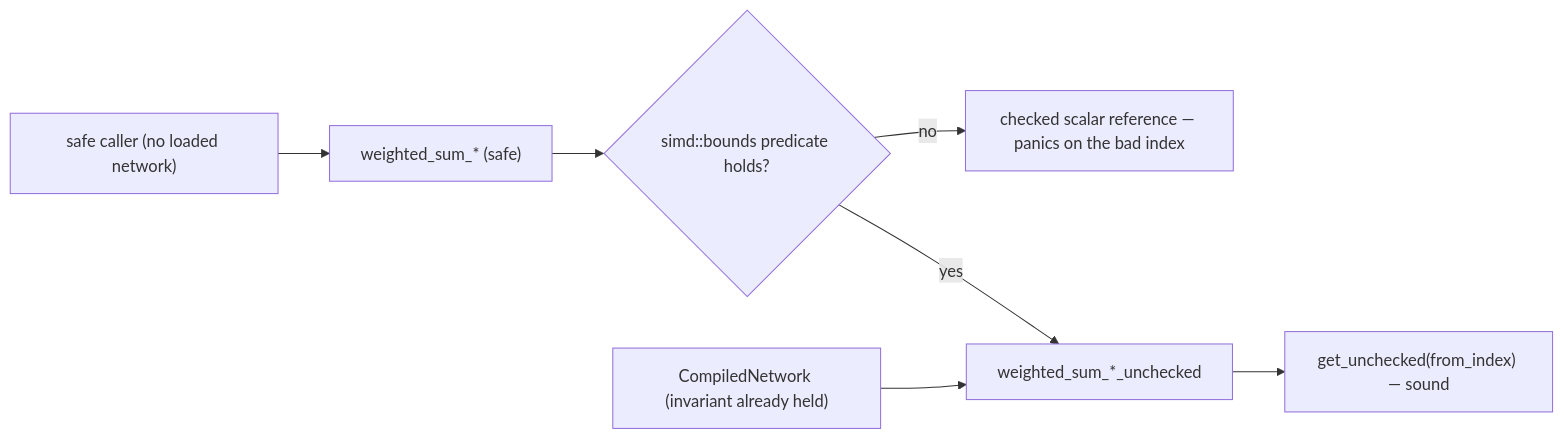
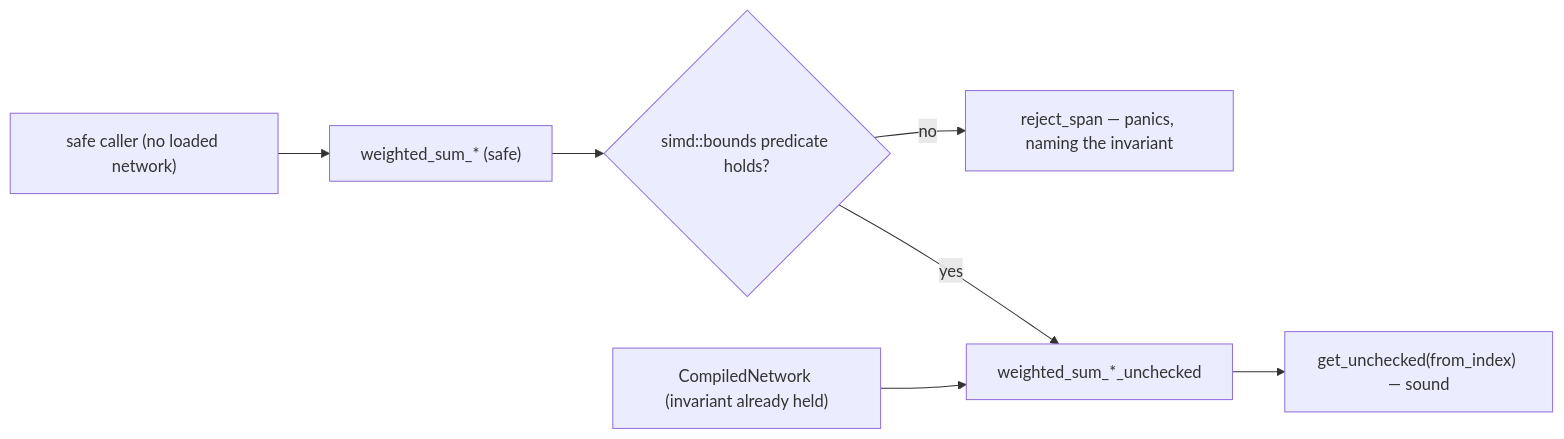
The fourth of 8 diagrams in AGENTS.md (stSoftwareAU/NEAT-AI-core), drawn with Mermaid before and after one commit. The commit also changed other lines of this file and 9 other files, not shown here.

````diff
--- a/AGENTS.md
+++ b/AGENTS.md
@@ -309,9 +316,9 @@
 ```mermaid
 flowchart LR
     S["safe caller (no loaded network)"] --> W["weighted_sum_* (safe)"]
     W --> P{"simd::bounds predicate holds?"}
-    P -- no --> R["checked scalar reference — panics on the bad index"]
+    P -- no --> R["reject_span — panics, naming the invariant"]
     P -- yes --> U["weighted_sum_*_unchecked"]
     N["CompiledNetwork (invariant already held)"] --> U
     U --> G2["get_unchecked(from_index) — sound"]
 ```
````
